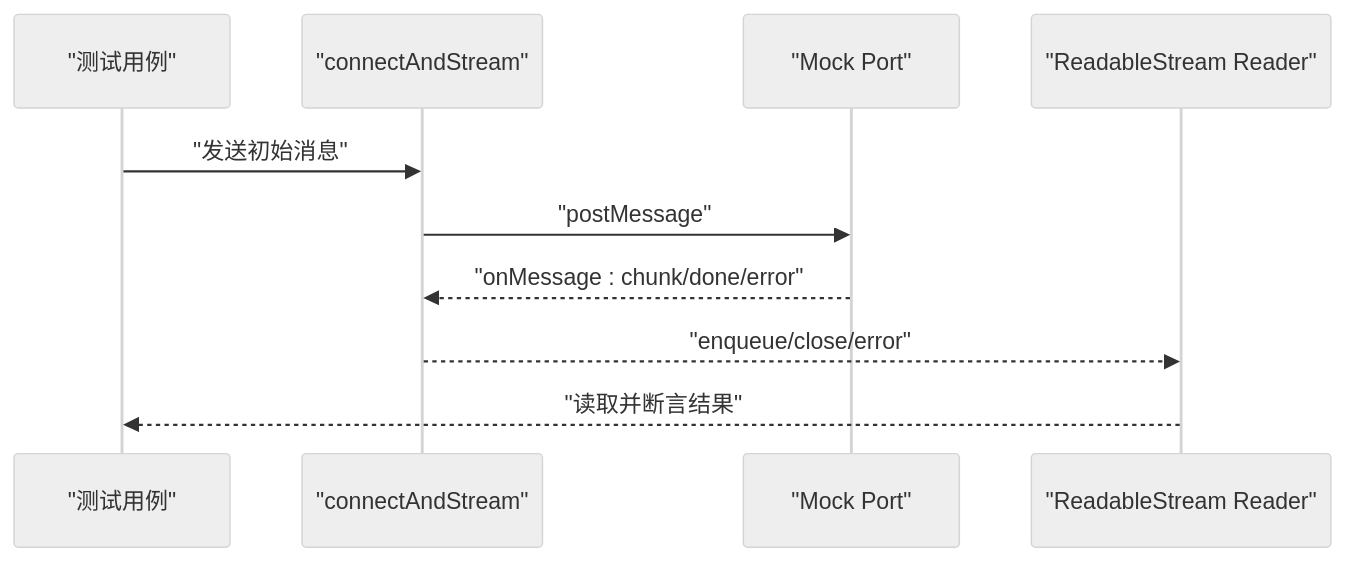
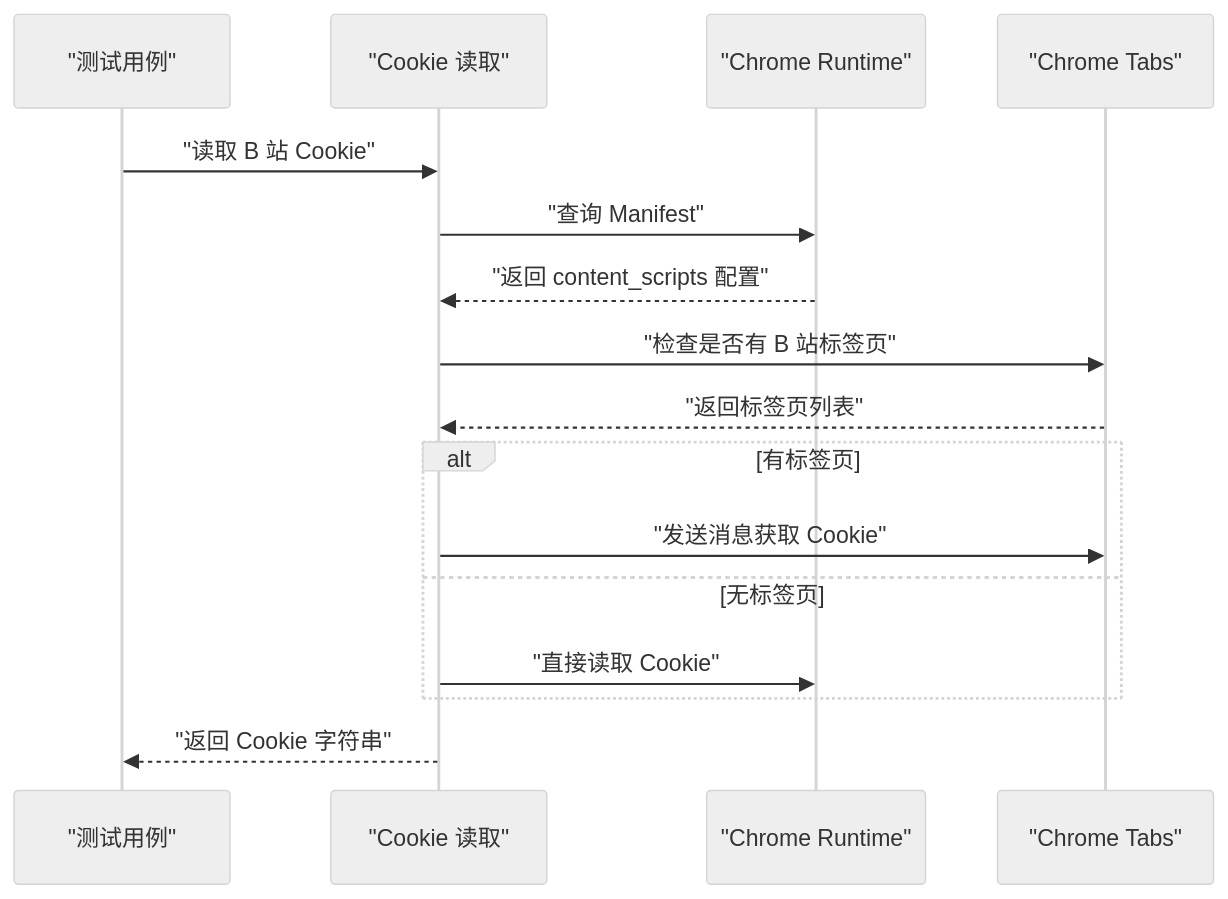
One commit to RadiumAg/bilibili-favorites changed the fifth of 10 diagrams in .qoder/repowiki/zh/content/开发指南/测试策略与实践.md. Above: the diagram before and after it, drawn with Mermaid (neutral theme). The commit also changed other lines of this file and 47 other files, not shown here.

````diff
--- a/.qoder/repowiki/zh/content/开发指南/测试策略与实践.md
+++ b/.qoder/repowiki/zh/content/开发指南/测试策略与实践.md
@@ -221,12 +246,18 @@
 ```mermaid
 sequenceDiagram
 participant Test as "测试用例"
-participant Conn as "connectAndStream"
-participant Port as "Mock Port"
-participant Reader as "ReadableStream Reader"
-Test->>Conn : "发送初始消息"
-Conn->>Port : "postMessage"
-Port-->>Conn : "onMessage : chunk/done/error"
-Conn-->>Reader : "enqueue/close/error"
-Reader-->>Test : "读取并断言结果"
+participant Cookie as "Cookie 读取"
+participant Runtime as "Chrome Runtime"
+participant Tabs as "Chrome Tabs"
+Test->>Cookie : "读取 B 站 Cookie"
+Cookie->>Runtime : "查询 Manifest"
+Runtime-->>Cookie : "返回 content_scripts 配置"
+Cookie->>Tabs : "检查是否有 B 站标签页"
+Tabs-->>Cookie : "返回标签页列表"
+alt 有标签页
+Cookie->>Tabs : "发送消息获取 Cookie"
+else 无标签页
+Cookie->>Runtime : "直接读取 Cookie"
+end
+Cookie-->>Test : "返回 Cookie 字符串"
 ```
````
